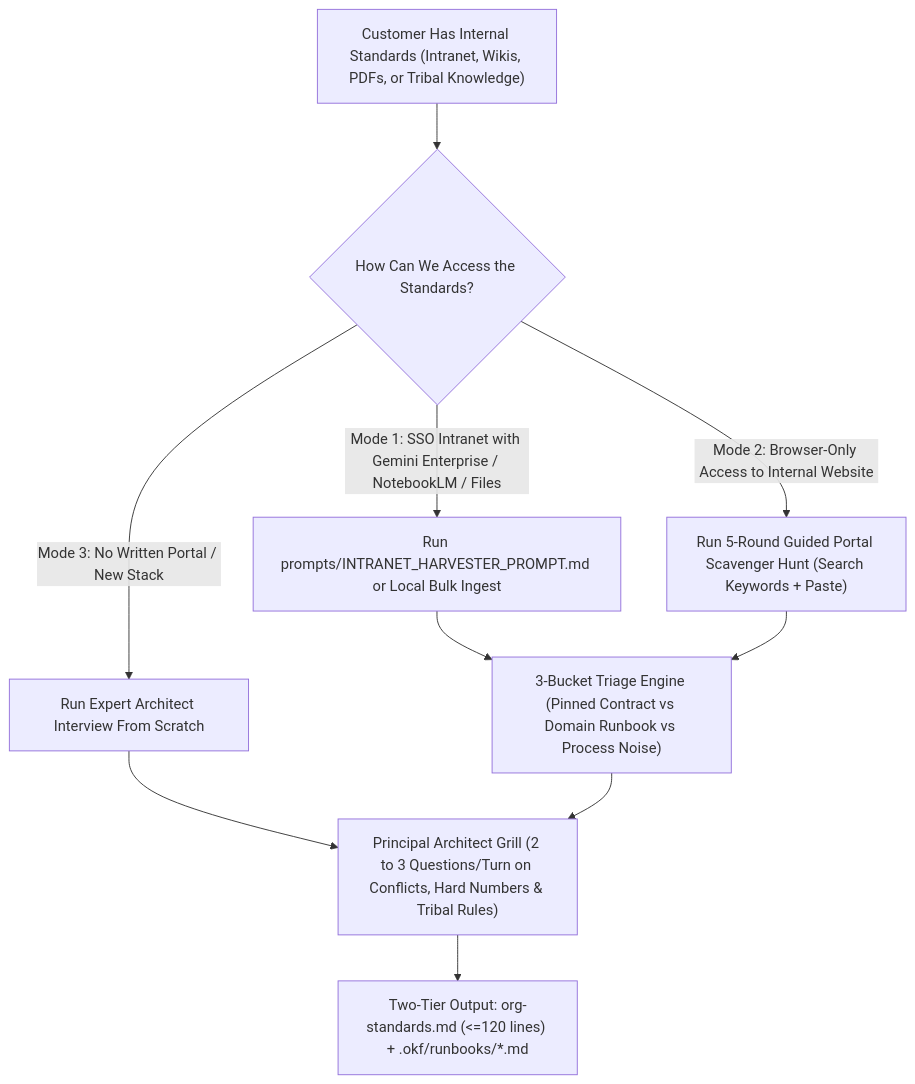
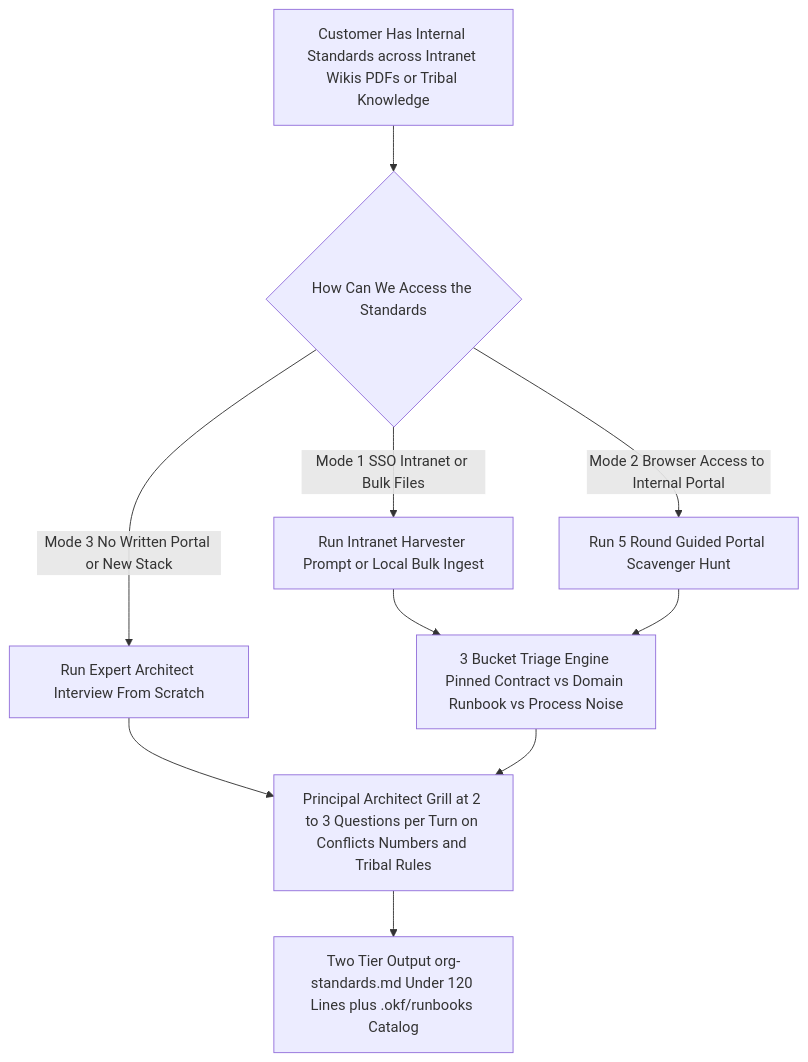
Before and after one commit to cwserna/asdlc-customer-kit: the diagram in skills/org-standards-builder/README.md, drawn with Mermaid. The commit also changed other lines of this file and 22 other files, not shown here.

````diff
--- a/skills/org-standards-builder/README.md
+++ b/skills/org-standards-builder/README.md
@@ -21,12 +21,12 @@
 ```mermaid
 flowchart TD
-    Start["Customer Has Internal Standards (Intranet, Wikis, PDFs, or Tribal Knowledge)"] --> Choice{"How Can We Access the Standards?"}
-    Choice -->|"Mode 1: SSO Intranet with Gemini Enterprise / NotebookLM / Files"| M1["Run prompts/INTRANET_HARVESTER_PROMPT.md or Local Bulk Ingest"]
-    Choice -->|"Mode 2: Browser-Only Access to Internal Website"| M2["Run 5-Round Guided Portal Scavenger Hunt (Search Keywords + Paste)"]
-    Choice -->|"Mode 3: No Written Portal / New Stack"| M3["Run Expert Architect Interview From Scratch"]
-    M1 --> Triage["3-Bucket Triage Engine (Pinned Contract vs Domain Runbook vs Process Noise)"]
+    Start["Customer Has Internal Standards across Intranet Wikis PDFs or Tribal Knowledge"] --> Choice{"How Can We Access the Standards"}
+    Choice -- "Mode 1 SSO Intranet or Bulk Files" --> M1["Run Intranet Harvester Prompt or Local Bulk Ingest"]
+    Choice -- "Mode 2 Browser Access to Internal Portal" --> M2["Run 5 Round Guided Portal Scavenger Hunt"]
+    Choice -- "Mode 3 No Written Portal or New Stack" --> M3["Run Expert Architect Interview From Scratch"]
+    M1 --> Triage["3 Bucket Triage Engine Pinned Contract vs Domain Runbook vs Process Noise"]
     M2 --> Triage
     M3 --> Grill
-    Triage --> Grill["Principal Architect Grill (2 to 3 Questions/Turn on Conflicts, Hard Numbers & Tribal Rules)"]
-    Grill --> Output["Two-Tier Output: org-standards.md (<=120 lines) + .okf/runbooks/*.md"]
+    Triage --> Grill["Principal Architect Grill at 2 to 3 Questions per Turn on Conflicts Numbers and Tribal Rules"]
+    Grill --> Output["Two Tier Output org-standards.md Under 120 Lines plus .okf/runbooks Catalog"]
 ```
````
